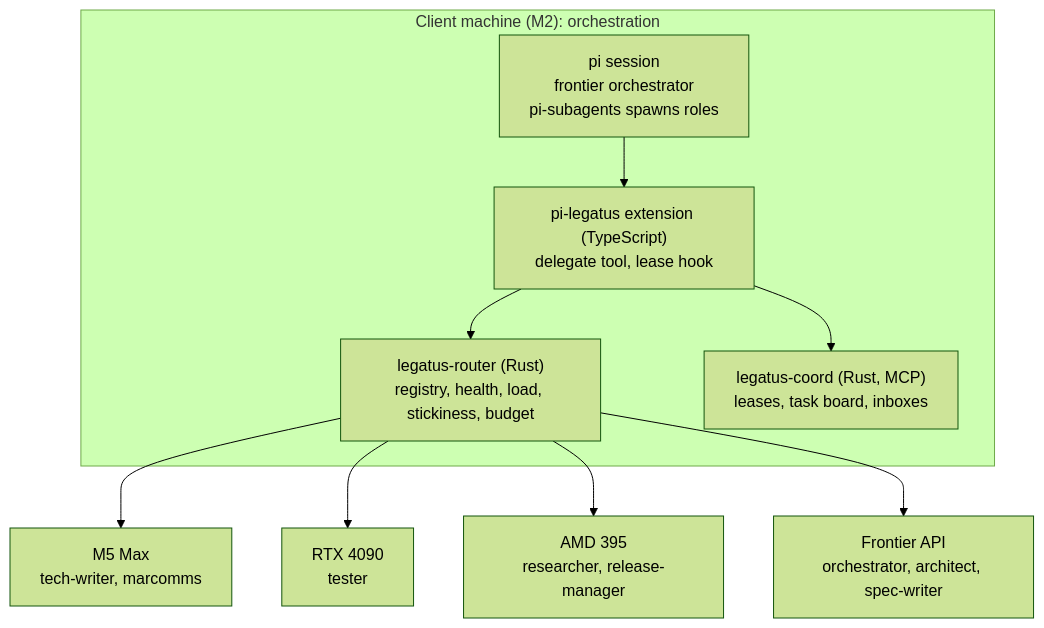
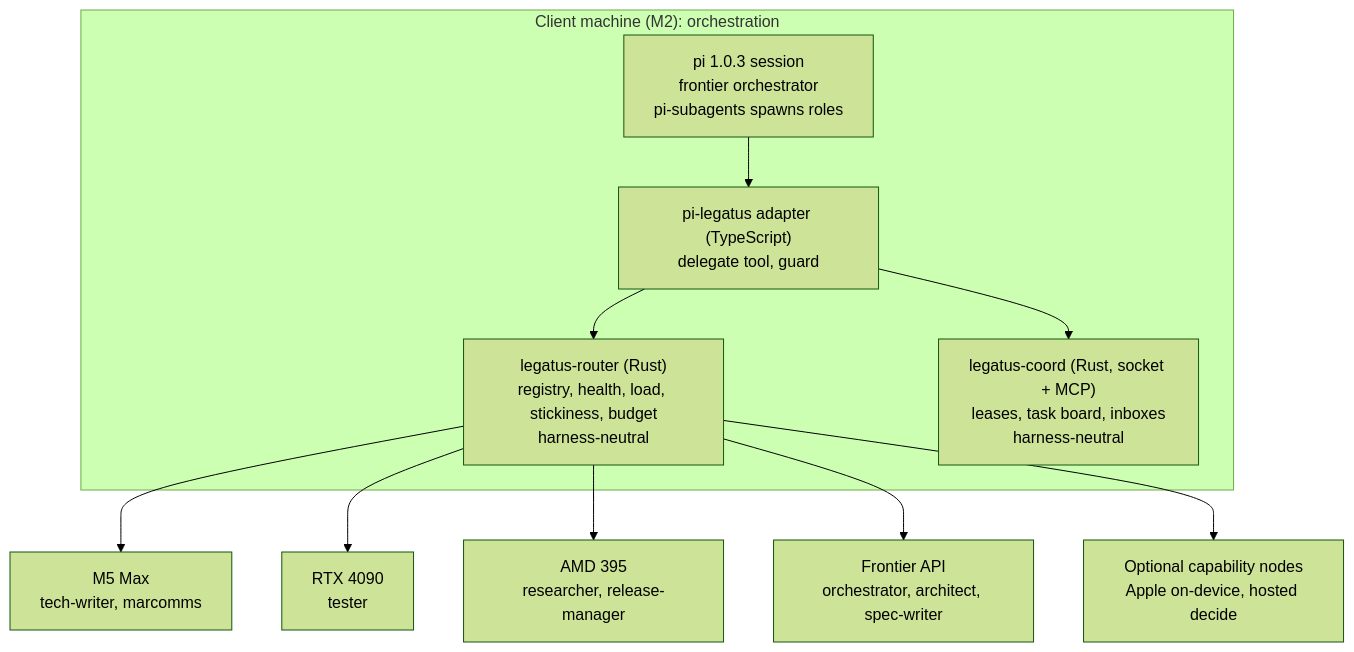
One commit to boxabirds/legatus changed the diagram in specs/baseline/architecture.md. Above: the diagram before and after it, drawn with Mermaid (forest theme). The commit also changed other lines of this file and 9 other files, not shown here.

````diff
--- a/specs/baseline/architecture.md
+++ b/specs/baseline/architecture.md
@@ -5,16 +5,17 @@
 ```mermaid
 flowchart TB
   subgraph Client["Client machine (M2): orchestration"]
-    PI["pi session<br/>frontier orchestrator<br/>pi-subagents spawns roles"]
-    EXT["pi-legatus extension (TypeScript)<br/>delegate tool, lease hook"]
-    ROUTER["legatus-router (Rust)<br/>registry, health, load, stickiness, budget"]
-    COORD["legatus-coord (Rust, MCP)<br/>leases, task board, inboxes"]
+    PI["pi 1.0.3 session<br/>frontier orchestrator<br/>pi-subagents spawns roles"]
+    EXT["pi-legatus adapter (TypeScript)<br/>delegate tool, guard"]
+    ROUTER["legatus-router (Rust)<br/>registry, health, load, stickiness, budget<br/>harness-neutral"]
+    COORD["legatus-coord (Rust, socket + MCP)<br/>leases, task board, inboxes<br/>harness-neutral"]
     PI --> EXT
     EXT --> ROUTER
     EXT --> COORD
   end
   ROUTER --> M5["M5 Max<br/>tech-writer, marcomms"]
   ROUTER --> G4090["RTX 4090<br/>tester"]
   ROUTER --> STRIX["AMD 395<br/>researcher, release-manager"]
   ROUTER --> FRONTIER["Frontier API<br/>orchestrator, architect, spec-writer"]
+  ROUTER --> APPLE["Optional capability nodes<br/>Apple on-device, hosted decide"]
 ```
````
